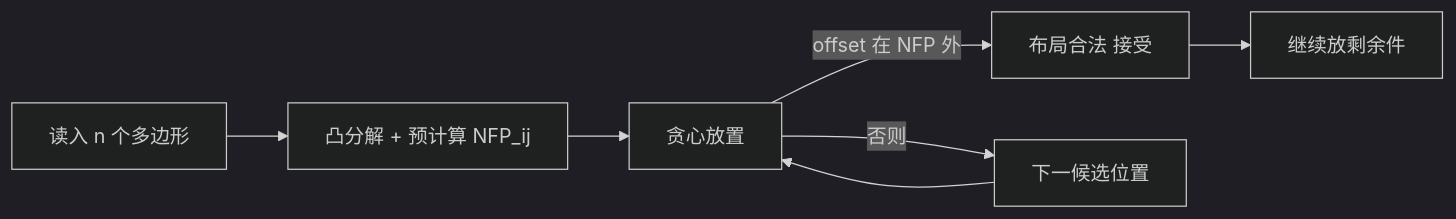
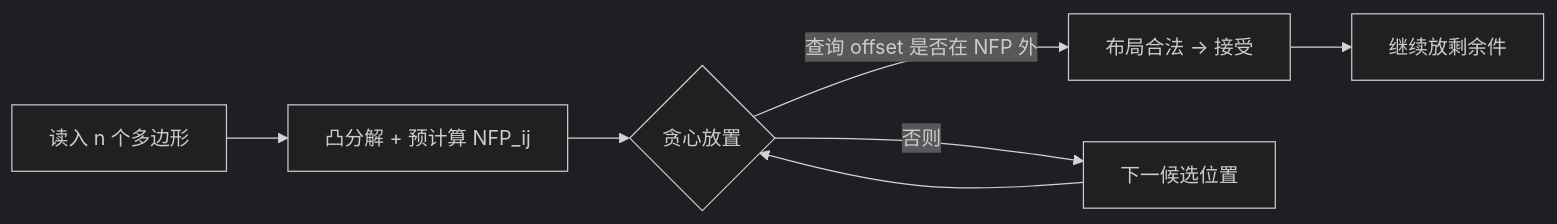
One commit to Autumn1337/khalilgao-blog changed the diagram in src/content/posts/2026-04-22-minkowski-nfp-deep-dive/index.mdx. Above: the diagram before and after it, drawn with Mermaid (dark theme). The commit also changed other lines of this file and 3 other files, not shown here.

````diff
--- a/src/content/posts/2026-04-22-minkowski-nfp-deep-dive/index.mdx
+++ b/src/content/posts/2026-04-22-minkowski-nfp-deep-dive/index.mdx
@@ -99,9 +99,9 @@
 ```mermaid
 graph LR
   A[读入 n 个多边形] --> B[凸分解 + 预计算 NFP_ij]
-  B --> C[贪心放置]
-  C -->|offset 在 NFP 外| D[布局合法 接受]
+  B --> C{贪心放置}
+  C -->|查询 offset 是否在 NFP 外| D[布局合法 → 接受]
   C -->|否则| E[下一候选位置]
   D --> F[继续放剩余件]
   E --> C
 ```
````
